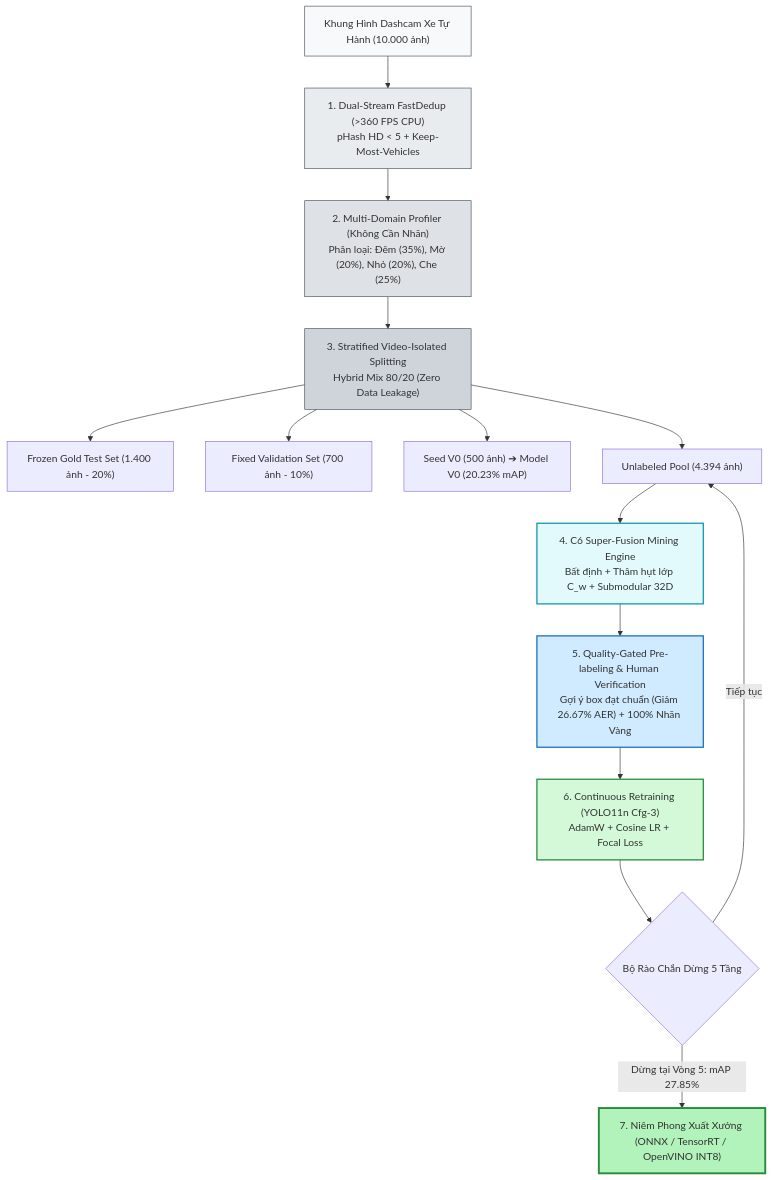
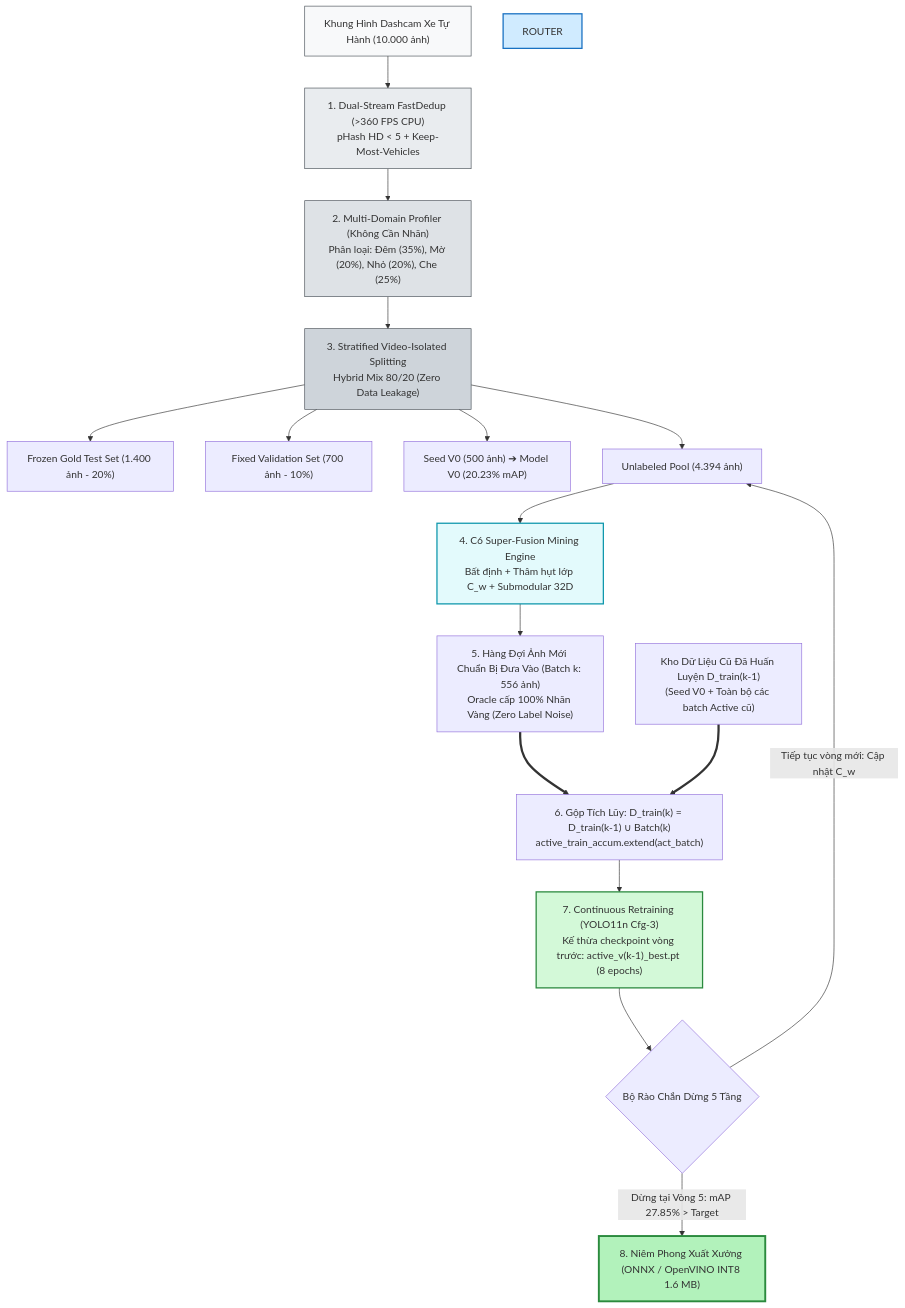
One commit to nguyenhuynhdt37/autonomous-driving-active-learning-lab changed the second of 2 diagrams in README.md. Above: the diagram before and after it, drawn with Mermaid. The commit also changed 3 other files, not shown here.

Commit message:
docs: enrich Mermaid diagrams with explicit Old Trained Data Store and New Batch Queue

````diff
--- a/README.md
+++ b/README.md
@@ -76,27 +76,30 @@
 ```mermaid
 flowchart TB
     RAW["Khung Hình Dashcam Xe Tự Hành (10.000 ảnh)"] --> FAST["1. Dual-Stream FastDedup (>360 FPS CPU)<br/>pHash HD < 5 + Keep-Most-Vehicles"]
     FAST --> PROF["2. Multi-Domain Profiler (Không Cần Nhãn)<br/>Phân loại: Đêm (35%), Mờ (20%), Nhỏ (20%), Che (25%)"]
     PROF --> SPLIT["3. Stratified Video-Isolated Splitting<br/>Hybrid Mix 80/20 (Zero Data Leakage)"]
     
     SPLIT --> TEST["Frozen Gold Test Set (1.400 ảnh - 20%)"]
     SPLIT --> VAL["Fixed Validation Set (700 ảnh - 10%)"]
     SPLIT --> SEED["Seed V0 (500 ảnh) ➔ Model V0 (20.23% mAP)"]
     SPLIT --> POOL["Unlabeled Pool (4.394 ảnh)"]
 
     POOL --> C6["4. C6 Super-Fusion Mining Engine<br/>Bất định + Thâm hụt lớp C_w + Submodular 32D"]
-    C6 --> ROUTER["5. Quality-Gated Pre-labeling & Human Verification<br/>Gợi ý box đạt chuẩn (Giảm 26.67% AER) + 100% Nhãn Vàng"]
-    ROUTER --> RETRAIN["6. Continuous Retraining (YOLO11n Cfg-3)<br/>AdamW + Cosine LR + Focal Loss"]
+    C6 --> QUEUE["5. Hàng Đợi Ảnh Mới Chuẩn Bị Đưa Vào (Batch k: 556 ảnh)<br/>Oracle cấp 100% Nhãn Vàng (Zero Label Noise)"]
+    OLD_TRAIN["Kho Dữ Liệu Cũ Đã Huấn Luyện D_train(k-1)<br/>(Seed V0 + Toàn bộ các batch Active cũ)"]
+    
+    QUEUE & OLD_TRAIN ==> MERGE["6. Gộp Tích Lũy: D_train(k) = D_train(k-1) ∪ Batch(k)<br/>active_train_accum.extend(act_batch)"]
+    MERGE --> RETRAIN["7. Continuous Retraining (YOLO11n Cfg-3)<br/>Kế thừa checkpoint vòng trước: active_v(k-1)_best.pt (8 epochs)"]
     RETRAIN --> GATES{"Bộ Rào Chắn Dừng 5 Tầng"}
-    GATES -->|Tiếp tục| POOL
-    GATES -->|Dừng tại Vòng 5: mAP 27.85%| VICTORY["7. Niêm Phong Xuất Xưởng (ONNX / TensorRT / OpenVINO INT8)"]
+    GATES -->|Tiếp tục vòng mới: Cập nhật C_w| POOL
+    GATES -->|Dừng tại Vòng 5: mAP 27.85% > Target| VICTORY["8. Niêm Phong Xuất Xưởng (ONNX / OpenVINO INT8 1.6 MB)"]
 
     style RAW fill:#f8f9fa,stroke:#495057,stroke-width:1px
     style FAST fill:#e9ecef,stroke:#495057,stroke-width:1px
     style PROF fill:#dee2e6,stroke:#495057,stroke-width:1px
     style SPLIT fill:#ced4da,stroke:#495057,stroke-width:1px
     style C6 fill:#e3fafc,stroke:#1098ad,stroke-width:2px
     style ROUTER fill:#d0ebff,stroke:#1971c2,stroke-width:2px
     style RETRAIN fill:#d3f9d8,stroke:#2b8a3e,stroke-width:2px
     style VICTORY fill:#b2f2bb,stroke:#2b8a3e,stroke-width:3px
 ```
````
